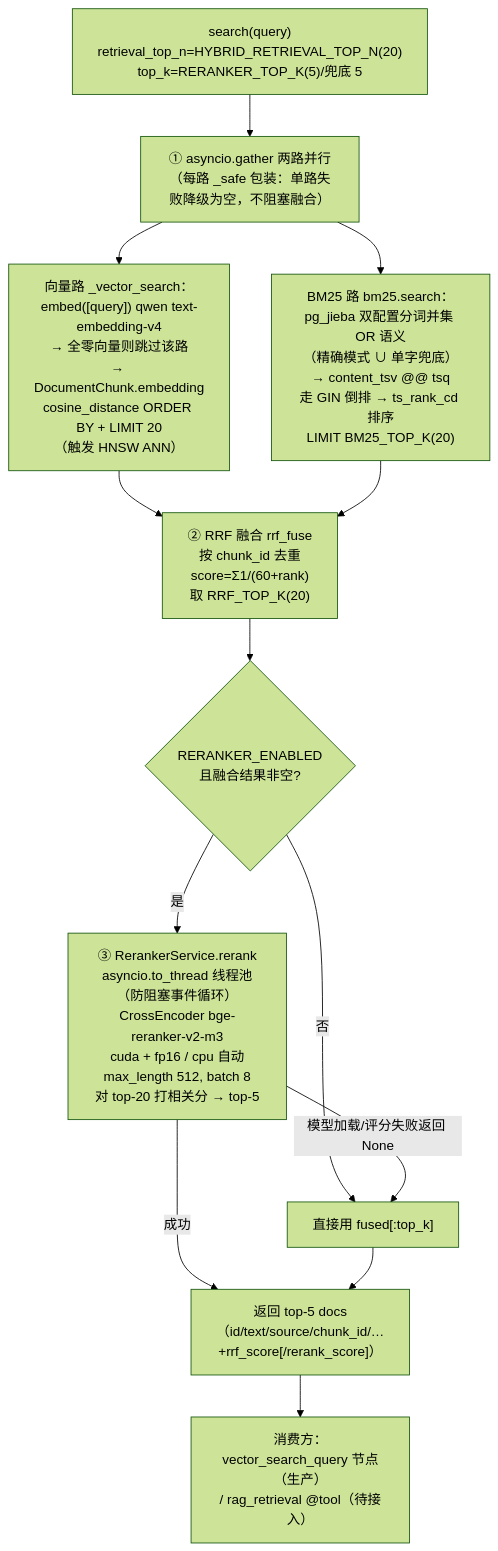
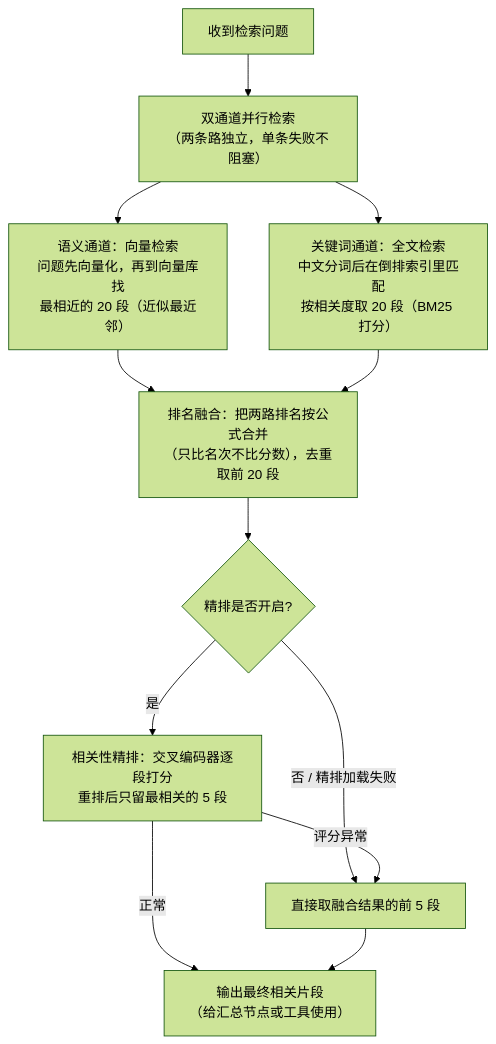
Diagram 14 of 35 in docs/PROJECT_ANALYSIS.md (blowt16/SmartCS-Agent), drawn with Mermaid (forest theme) before and after one commit. The commit also changed other lines of this file, not shown here.

Commit message:
[docs] PROJECT_ANALYSIS §4 流程图优化：全图节点加中文注释、主干化精简流程（22 张图重排 + 补 TimeoutGuard 运行图），保留关键代码实体括注，提升可读性

````diff
--- a/docs/PROJECT_ANALYSIS.md
+++ b/docs/PROJECT_ANALYSIS.md
@@ -572,15 +520,14 @@
 ```mermaid
 flowchart TB
-    Q["search(query)<br/>retrieval_top_n=HYBRID_RETRIEVAL_TOP_N(20)<br/>top_k=RERANKER_TOP_K(5)/兜底 5"] --> P1["① asyncio.gather 两路并行<br/>（每路 _safe 包装：单路失败降级为空，不阻塞融合）"]
-    P1 --> V["向量路 _vector_search：<br/>embed([query]) qwen text-embedding-v4<br/>→ 全零向量则跳过该路<br/>→ DocumentChunk.embedding<br/>cosine_distance ORDER BY + LIMIT 20<br/>（触发 HNSW ANN）"]
-    P1 --> B["BM25 路 bm25.search：<br/>pg_jieba 双配置分词并集 OR 语义<br/>（精确模式 ∪ 单字兜底）→ content_tsv @@ tsq<br/>走 GIN 倒排 → ts_rank_cd 排序<br/>LIMIT BM25_TOP_K(20)"]
-    V --> F["② RRF 融合 rrf_fuse<br/>按 chunk_id 去重<br/>score=Σ1/(60+rank)<br/>取 RRF_TOP_K(20)"]
-    B --> F
-    F --> E{"RERANKER_ENABLED<br/>且融合结果非空?"}
-    E -->|"是"| RE["③ RerankerService.rerank<br/>asyncio.to_thread 线程池（防阻塞事件循环）<br/>CrossEncoder bge-reranker-v2-m3<br/>cuda + fp16 / cpu 自动<br/>max_length 512, batch 8<br/>对 top-20 打相关分 → top-5"]
-    E -->|"否"| D1["直接用 fused[:top_k]"]
-    RE -->|"模型加载/评分失败返回 None"| D1
-    RE -->|"成功"| OUT2["返回 top-5 docs<br/>（id/text/source/chunk_id/…<br/>+rrf_score[/rerank_score]）"]
+    Q["收到检索问题"] --> P["双通道并行检索<br/>（两条路独立，单条失败不阻塞）"]
+    P --> V["语义通道：向量检索<br/>问题先向量化，再到向量库找<br/>最相近的 20 段（近似最近邻）"]
+    P --> K["关键词通道：全文检索<br/>中文分词后在倒排索引里匹配<br/>按相关度取 20 段（BM25 打分）"]
+    V --> F["排名融合：把两路排名按公式合并<br/>（只比名次不比分数），去重取前 20 段"]
+    K --> F
+    F --> R{"精排是否开启?"}
+    R -->|"是"| RE["相关性精排：交叉编码器逐段打分<br/>重排后只留最相关的 5 段"]
+    R -->|"否 / 精排加载失败"| D1["直接取融合结果的前 5 段"]
+    RE -->|"评分异常"| D1
+    RE -->|"正常"| OUT2["输出最终相关片段<br/>（给汇总节点或工具使用）"]
     D1 --> OUT2
-    OUT2 --> CONSUMER["消费方：<br/>vector_search_query 节点（生产）<br/>/ rag_retrieval @tool（待接入）"]
 ```
````
